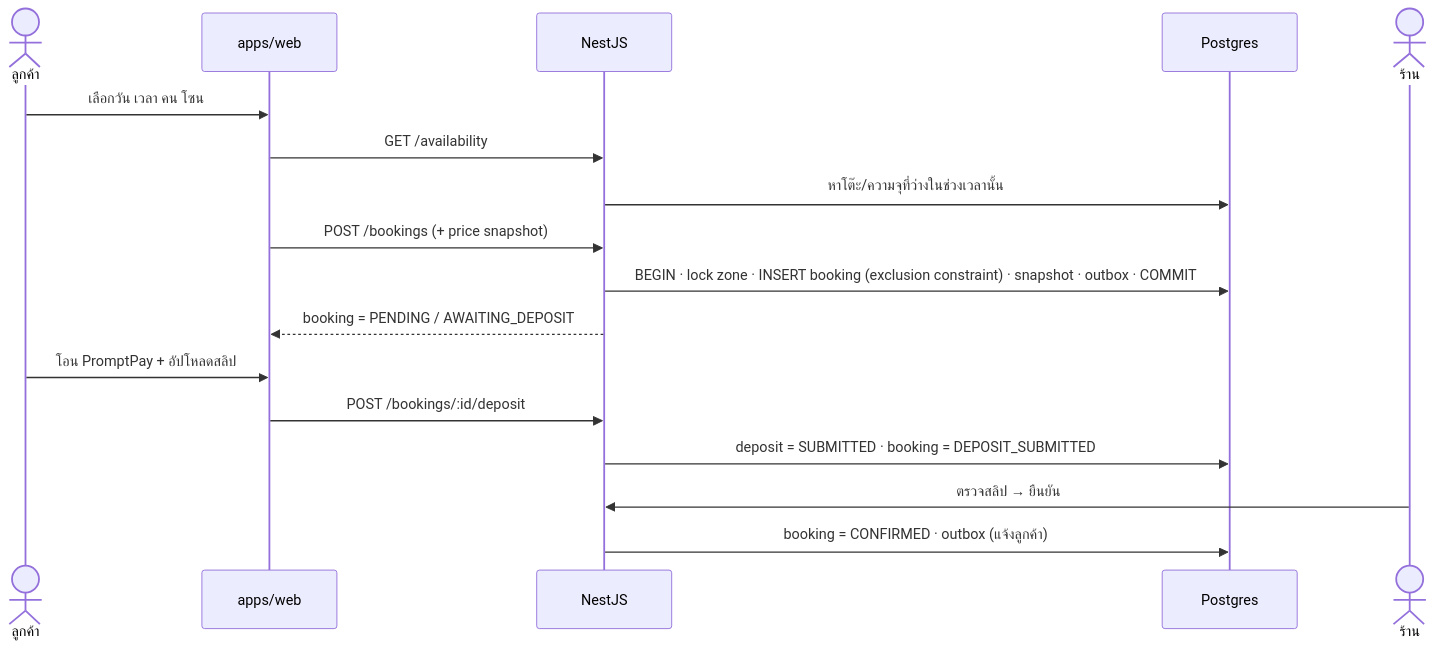
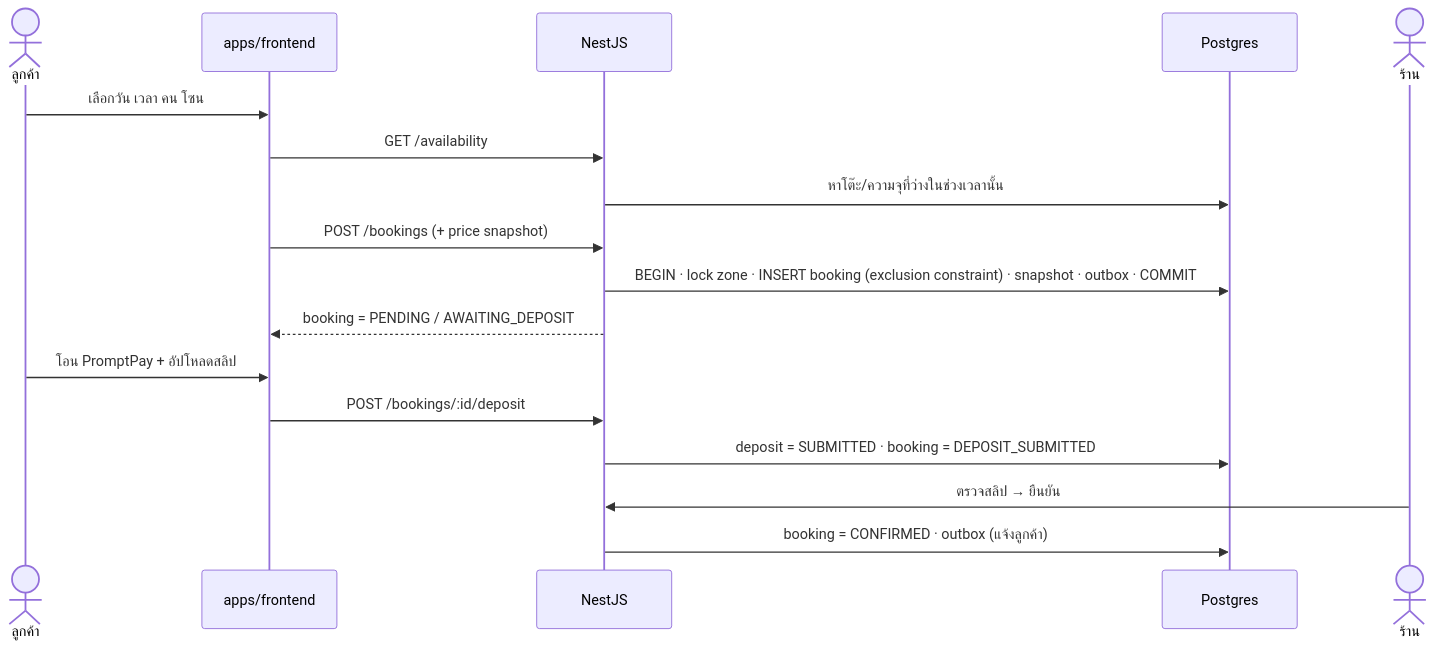
The third of 6 diagrams in docs/ARCHITECTURE.md (NightList/NightList), drawn with Mermaid before and after one commit. The commit also changed other lines of this file and 134 other files, not shown here.

First line of the commit message:
refactor: move backend into apps/ (apps/frontend, apps/admin, apps/backend)

````diff
--- a/docs/ARCHITECTURE.md
+++ b/docs/ARCHITECTURE.md
@@ -172,19 +185,19 @@
 ```mermaid
 sequenceDiagram
   actor U as ลูกค้า
-  participant W as apps/web
+  participant W as apps/frontend
   participant A as NestJS
   participant D as Postgres
   actor S as ร้าน
   U->>W: เลือกวัน เวลา คน โซน
   W->>A: GET /availability
   A->>D: หาโต๊ะ/ความจุที่ว่างในช่วงเวลานั้น
   W->>A: POST /bookings (+ price snapshot)
   A->>D: BEGIN · lock zone · INSERT booking (exclusion constraint) · snapshot · outbox · COMMIT
   A-->>W: booking = PENDING / AWAITING_DEPOSIT
   U->>W: โอน PromptPay + อัปโหลดสลิป
   W->>A: POST /bookings/:id/deposit
   A->>D: deposit = SUBMITTED · booking = DEPOSIT_SUBMITTED
   S->>A: ตรวจสลิป → ยืนยัน
   A->>D: booking = CONFIRMED · outbox (แจ้งลูกค้า)
 ```
````
